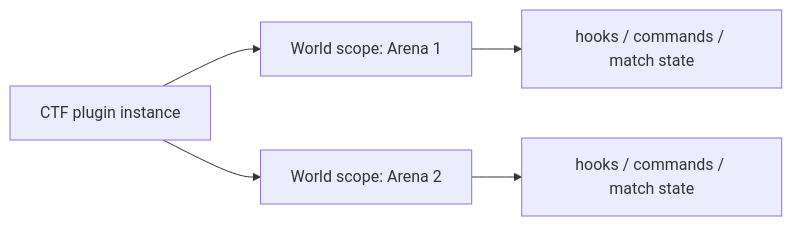
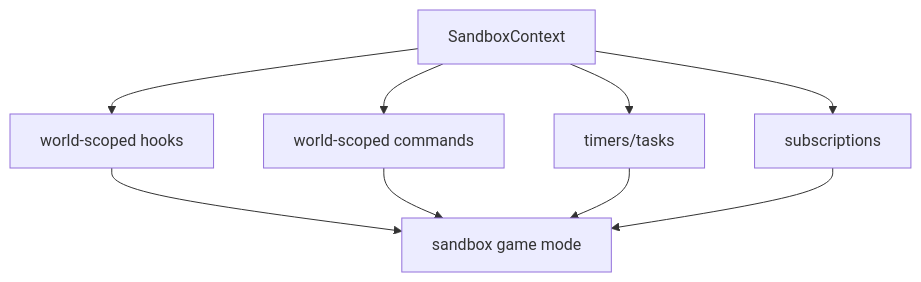
The eighth of 9 diagrams in docs/en/sandbox/level-1.md (VegaKernel/TerraRuntime), drawn with Mermaid before and after one commit. The commit also changed other lines of this file and 3 other files, not shown here.

First line of the commit message:
Document Level 1 plugin and world isolation

````diff
--- a/docs/en/sandbox/level-1.md
+++ b/docs/en/sandbox/level-1.md
@@ -49,7 +183,11 @@
 ```mermaid
-flowchart LR
-    Plugin["CTF plugin instance"] --> Scope1["World scope: Arena 1"]
-    Plugin --> Scope2["World scope: Arena 2"]
-    Scope1 --> Hooks1["hooks / commands / match state"]
-    Scope2 --> Hooks2["hooks / commands / match state"]
+flowchart TD
+    Context["SandboxContext"] --> Hooks["world-scoped hooks"]
+    Context --> Commands["world-scoped commands"]
+    Context --> Timers["timers/tasks"]
+    Context --> Events["subscriptions"]
+    Hooks --> Mode["sandbox game mode"]
+    Commands --> Mode
+    Timers --> Mode
+    Events --> Mode
 ```
````
